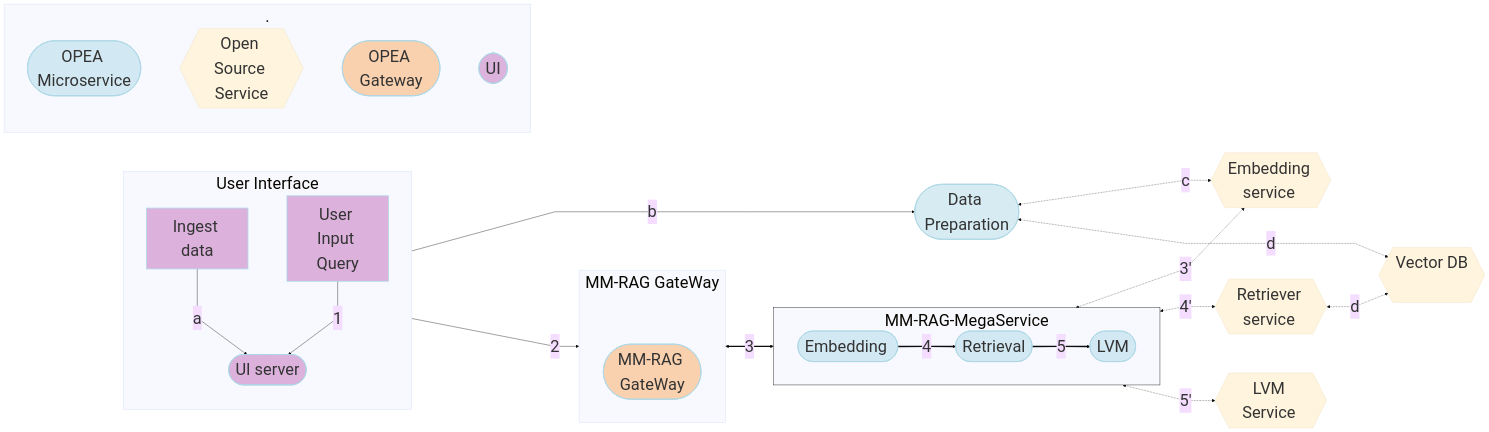
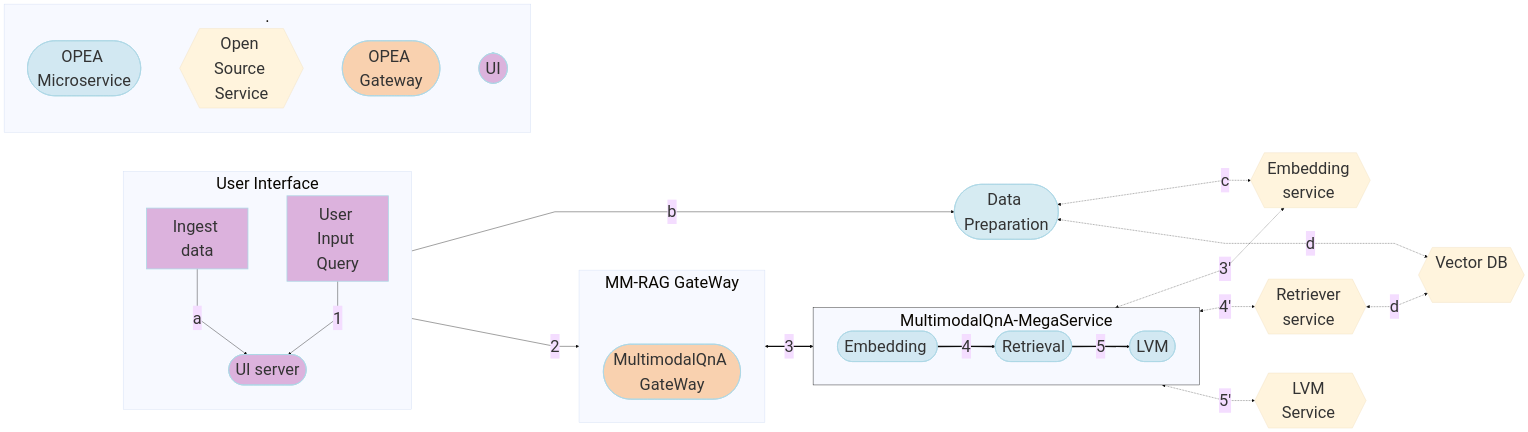
The diagram in MultimodalQnA/README.md (opea-project/GenAIExamples), drawn with Mermaid before and after one commit. The commit also changed other lines of this file, not shown here.

````diff
--- a/MultimodalQnA/README.md
+++ b/MultimodalQnA/README.md
@@ -13,80 +13,80 @@
 ```mermaid
 ---
 config:
   flowchart:
     nodeSpacing: 100
     rankSpacing: 100
     curve: linear
   theme: base
   themeVariables:
     fontSize: 42px
 ---
 flowchart LR
     %% Colors %%
     classDef blue fill:#ADD8E6,stroke:#ADD8E6,stroke-width:2px,fill-opacity:0.5
     classDef orange fill:#FBAA60,stroke:#ADD8E6,stroke-width:2px,fill-opacity:0.5
     classDef orchid fill:#C26DBC,stroke:#ADD8E6,stroke-width:2px,fill-opacity:0.5
     classDef invisible fill:transparent,stroke:transparent;
-    style MM-RAG-MegaService stroke:#000000
+    style MultimodalQnA-MegaService stroke:#000000
     %% Subgraphs %%
-    subgraph MM-RAG-MegaService["MM-RAG-MegaService"]
+    subgraph MultimodalQnA-MegaService["MultimodalQnA-MegaService"]
         direction LR
         EM([Embedding <br>]):::blue
         RET([Retrieval <br>]):::blue
         LVM([LVM <br>]):::blue
     end
     subgraph User Interface
         direction TB
         a([User Input Query]):::orchid
         Ingest([Ingest data]):::orchid
         UI([UI server<br>]):::orchid
     end
     subgraph MM-RAG GateWay
         direction LR
         invisible1[ ]:::invisible
-        GW([MM-RAG GateWay<br>]):::orange
+        GW([MultimodalQnA GateWay<br>]):::orange
     end
     subgraph .
         X([OPEA Microservice]):::blue
         Y{{Open Source Service}}
         Z([OPEA Gateway]):::orange
         Z1([UI]):::orchid
     end
 
     TEI_EM{{Embedding service <br>}}
     VDB{{Vector DB<br><br>}}
     R_RET{{Retriever service <br>}}
     DP([Data Preparation<br>]):::blue
     LVM_gen{{LVM Service <br>}}
 
     %% Data Preparation flow
     %% Ingest data flow
     direction LR
     Ingest[Ingest data] -->|a| UI
     UI -->|b| DP
     DP <-.->|c| TEI_EM
 
     %% Questions interaction
     direction LR
     a[User Input Query] -->|1| UI
     UI -->|2| GW
-    GW <==>|3| MM-RAG-MegaService
+    GW <==>|3| MultimodalQnA-MegaService
     EM ==>|4| RET
     RET ==>|5| LVM
 
 
     %% Embedding service flow
     direction TB
     EM <-.->|3'| TEI_EM
     RET <-.->|4'| R_RET
     LVM <-.->|5'| LVM_gen
 
     direction TB
     %% Vector DB interaction
     R_RET <-.->|d|VDB
     DP <-.->|d|VDB
 
 
 
 
 ```
````
